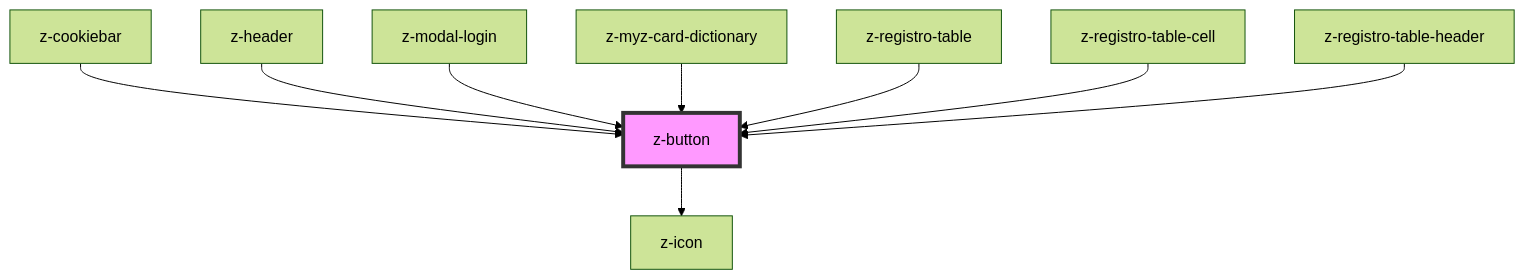
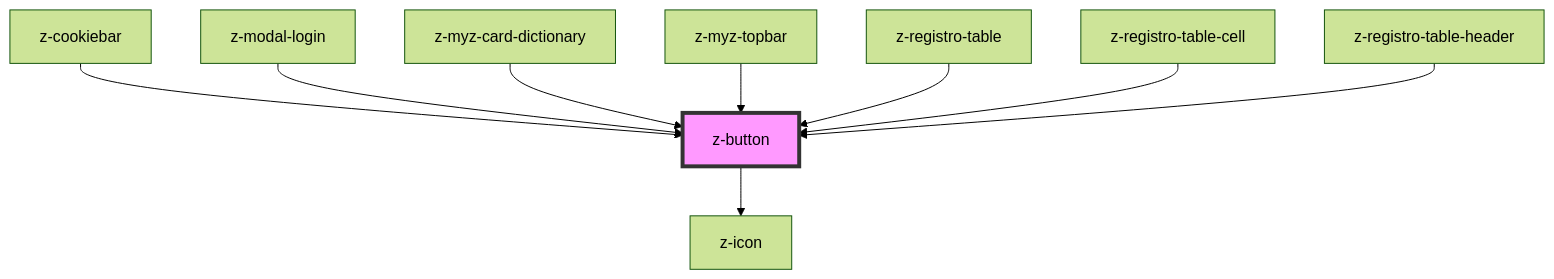
Before and after one commit to ZanichelliEditore/design-system: the diagram in src/components/buttons/z-button/readme.md, drawn with Mermaid (forest theme). The commit also changed other lines of this file and 14 other files, not shown here.

````diff
--- a/src/components/buttons/z-button/readme.md
+++ b/src/components/buttons/z-button/readme.md
@@ -70,12 +70,12 @@
 ```mermaid
 graph TD;
   z-button --> z-icon
   z-cookiebar --> z-button
-  z-header --> z-button
   z-modal-login --> z-button
   z-myz-card-dictionary --> z-button
+  z-myz-topbar --> z-button
   z-registro-table --> z-button
   z-registro-table-cell --> z-button
   z-registro-table-header --> z-button
   style z-button fill:#f9f,stroke:#333,stroke-width:4px
 ```
````
